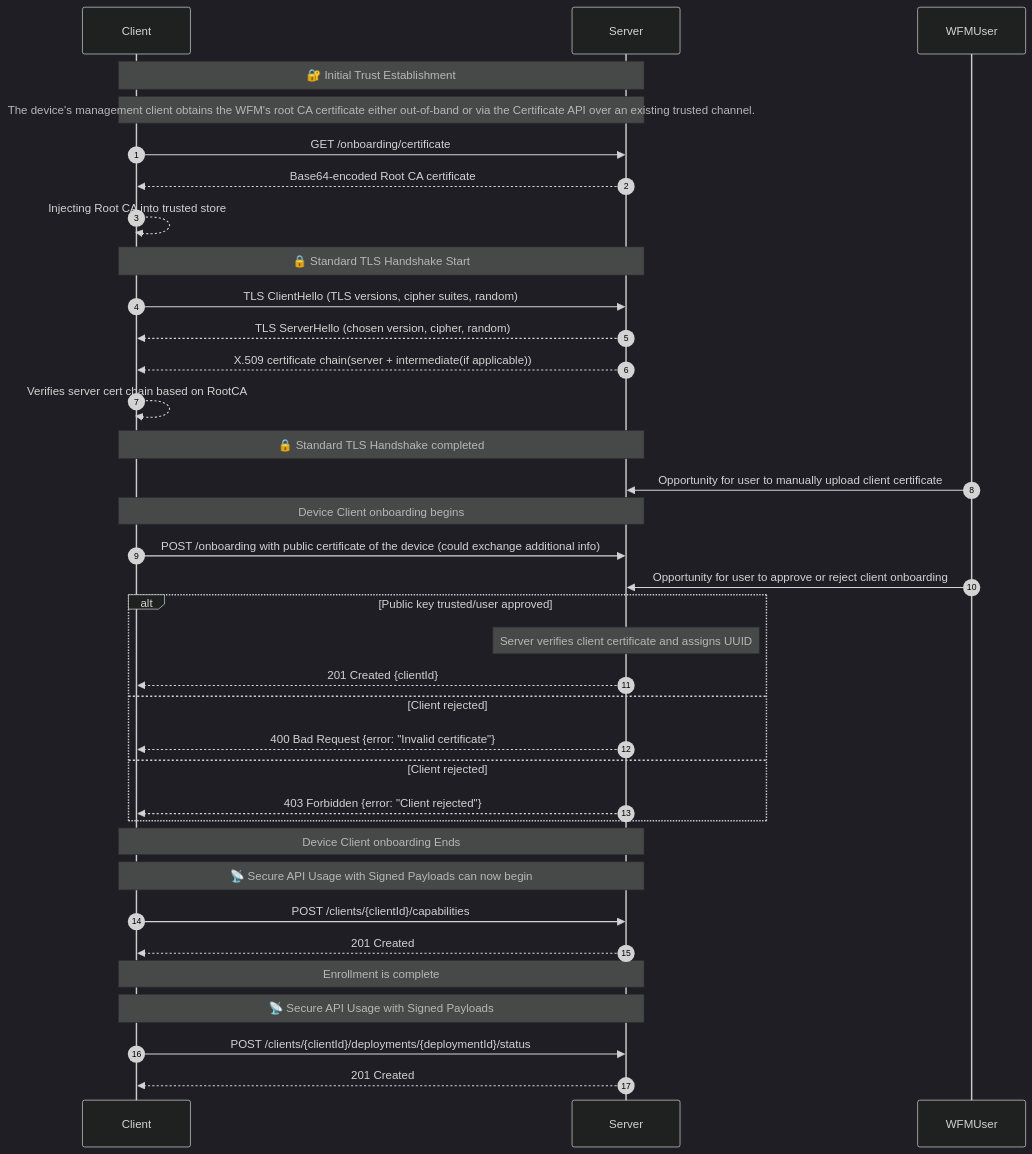
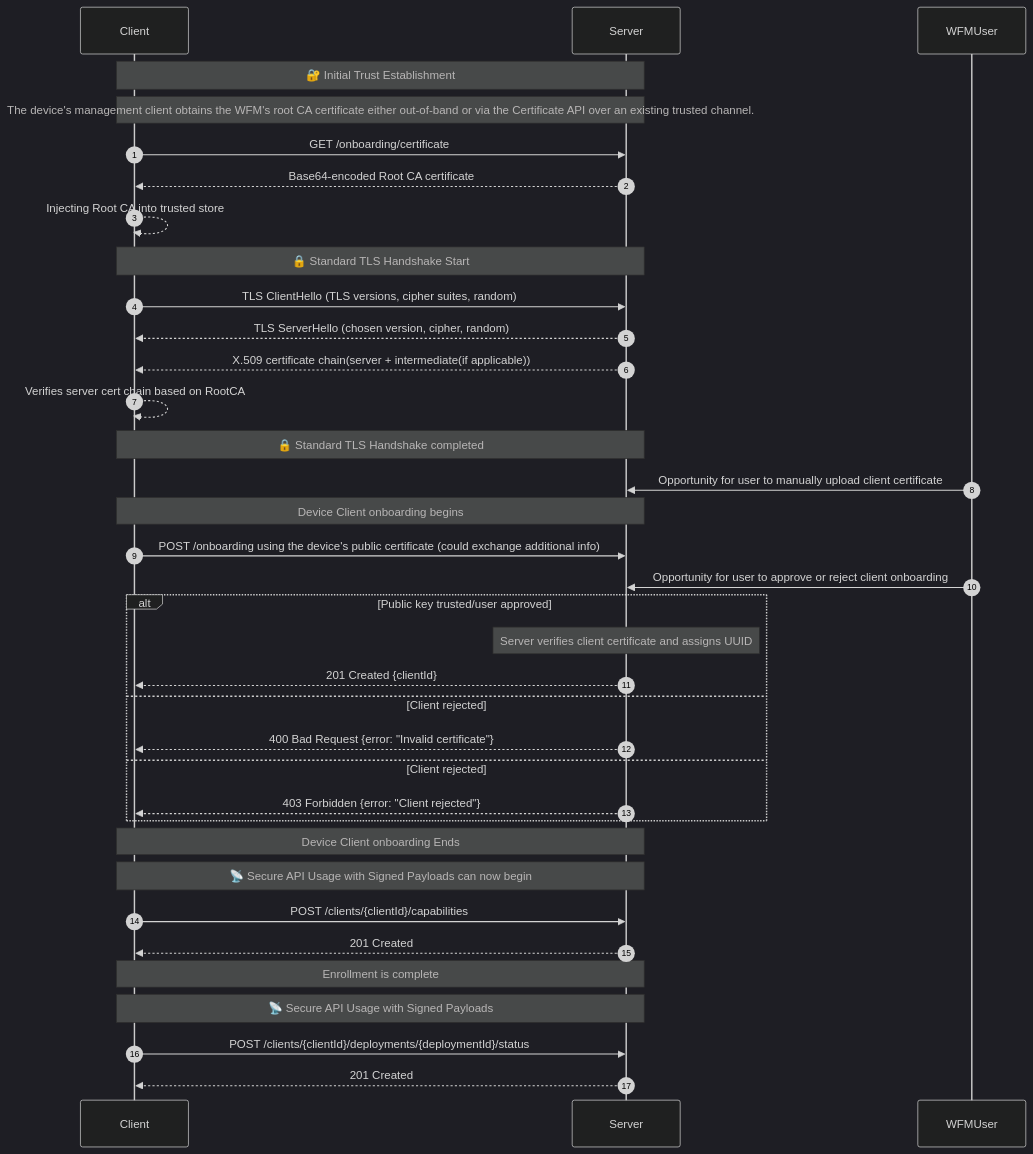
Before and after one commit to margo/specification: the diagram in system-design/specification/margo-management-interface/device-client-onboarding.md, drawn with Mermaid (dark theme).

Commit message:
docs(md): rewords the certificate exchange process for device onboarding

````diff
--- a/system-design/specification/margo-management-interface/device-client-onboarding.md
+++ b/system-design/specification/margo-management-interface/device-client-onboarding.md
@@ -17,41 +17,41 @@
 ```mermaid
 sequenceDiagram
     autonumber
     participant Client
     participant Server
 
     Note over Client,Server: 🔐 Initial Trust Establishment
     Note over Client,Server: The device's management client obtains the WFM's root CA certificate either out-of-band or via the Certificate API over an existing trusted channel.
     Client->>Server: GET /onboarding/certificate
     Server-->>Client: Base64-encoded Root CA certificate
     Client-->>Client: Injecting Root CA into trusted store
 
     Note over Client,Server: 🔒 Standard TLS Handshake Start
     Client->>Server: TLS ClientHello (TLS versions, cipher suites, random)
     Server-->>Client: TLS ServerHello (chosen version, cipher, random)
     Server-->>Client: X.509 certificate chain(server + intermediate(if applicable))
     Client-->>Client: Verifies server cert chain based on RootCA
     Note over Client,Server: 🔒 Standard TLS Handshake completed
     WFMUser->>Server: Opportunity for user to manually upload client certificate
     Note over Client,Server: Device Client onboarding begins
-    Client->>Server: POST /onboarding with public certificate of the device (could exchange additional info)
+    Client->>Server: POST /onboarding using the device's public certificate (could exchange additional info)
     WFMUser->>Server: Opportunity for user to approve or reject client onboarding
     alt Public key trusted/user approved
         Note over Server: Server verifies client certificate and assigns UUID
         Server-->>Client: 201 Created {clientId}
     else Client rejected
         Server-->>Client: 400 Bad Request {error: "Invalid certificate"}
     else Client rejected
         Server-->>Client: 403 Forbidden {error: "Client rejected"}
     end
 
     Note over Client,Server: Device Client onboarding Ends
     Note over Client,Server: 📡 Secure API Usage with Signed Payloads can now begin
 
     Client->>Server: POST /clients/{clientId}/capabilities
     Server-->>Client: 201 Created
     Note over Client,Server: Enrollment is complete
     Note over Client,Server: 📡 Secure API Usage with Signed Payloads
     Client->>Server: POST /clients/{clientId}/deployments/{deploymentId}/status
     Server-->>Client: 201 Created
 ```
````
